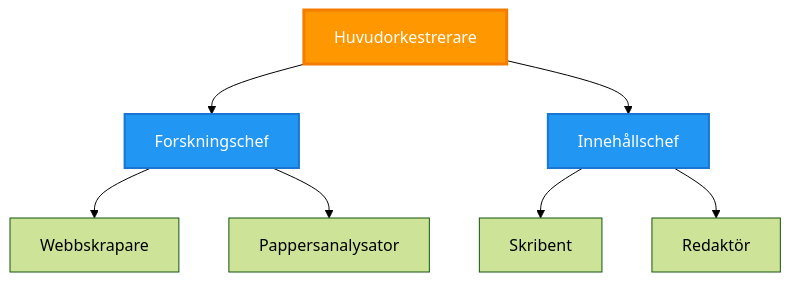
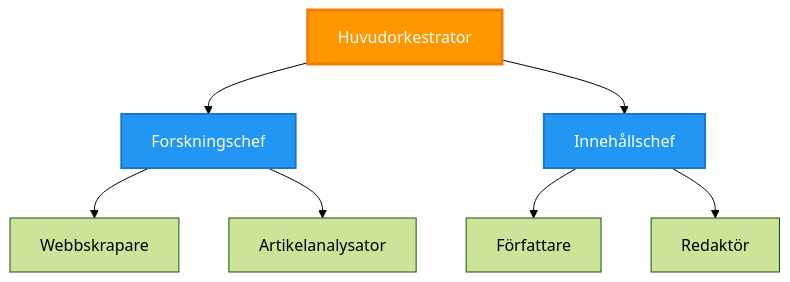
Before and after one commit to microsoft/AZD-for-beginners: the third of 5 diagrams in translations/sv/docs/chapter-06-pre-deployment/coordination-patterns.md, drawn with Mermaid (forest theme). The commit also changed other lines of this file and 101 other files, not shown here.

````diff
--- a/translations/sv/docs/chapter-06-pre-deployment/coordination-patterns.md
+++ b/translations/sv/docs/chapter-06-pre-deployment/coordination-patterns.md
@@ -149,21 +143,21 @@
 ```mermaid
 graph TB
-    Master[Huvudorkestrerare]
+    Master[Huvudorkestrator]
     Manager1[Forskningschef]
     Manager2[Innehållschef]
     W1[Webbskrapare]
-    W2[Pappersanalysator]
-    W3[Skribent]
+    W2[Artikelanalysator]
+    W3[Författare]
     W4[Redaktör]
     
     Master --> Manager1
     Master --> Manager2
     Manager1 --> W1
     Manager1 --> W2
     Manager2 --> W3
     Manager2 --> W4
     
     style Master fill:#FF9800,stroke:#F57C00,stroke-width:3px,color:#fff
     style Manager1 fill:#2196F3,stroke:#1976D2,stroke-width:2px,color:#fff
     style Manager2 fill:#2196F3,stroke:#1976D2,stroke-width:2px,color:#fff
 ```
````
